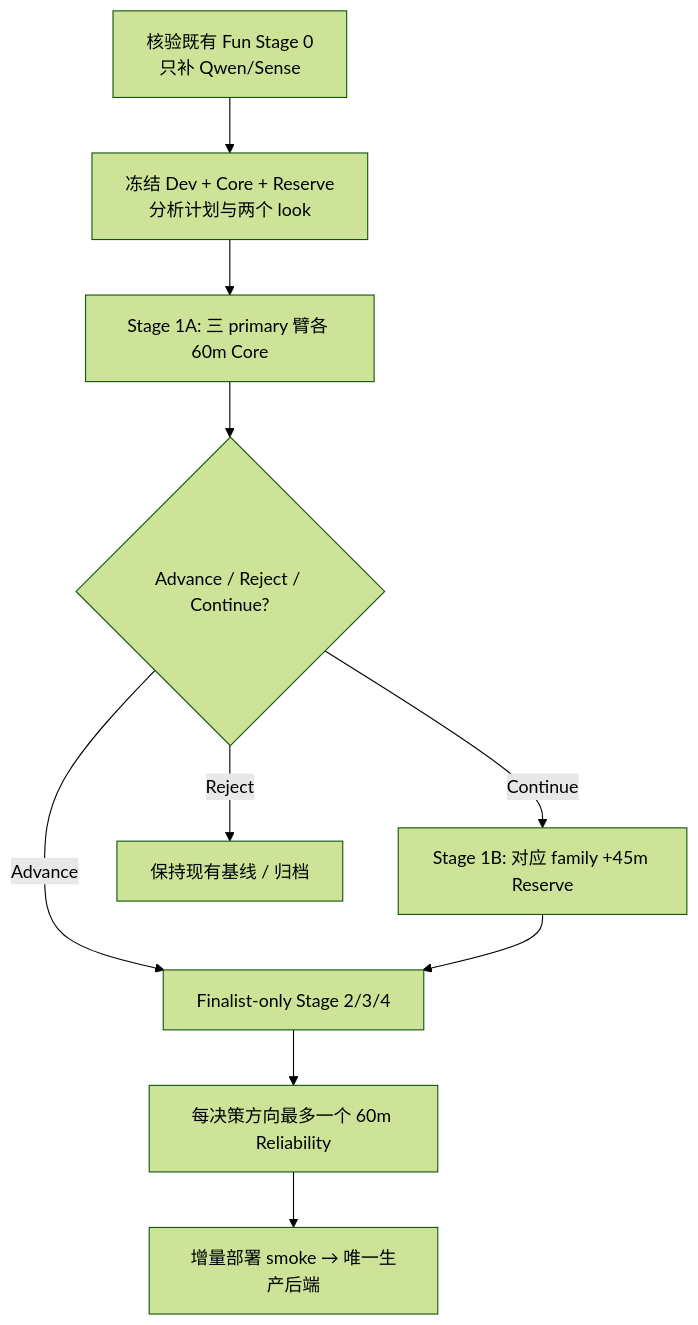
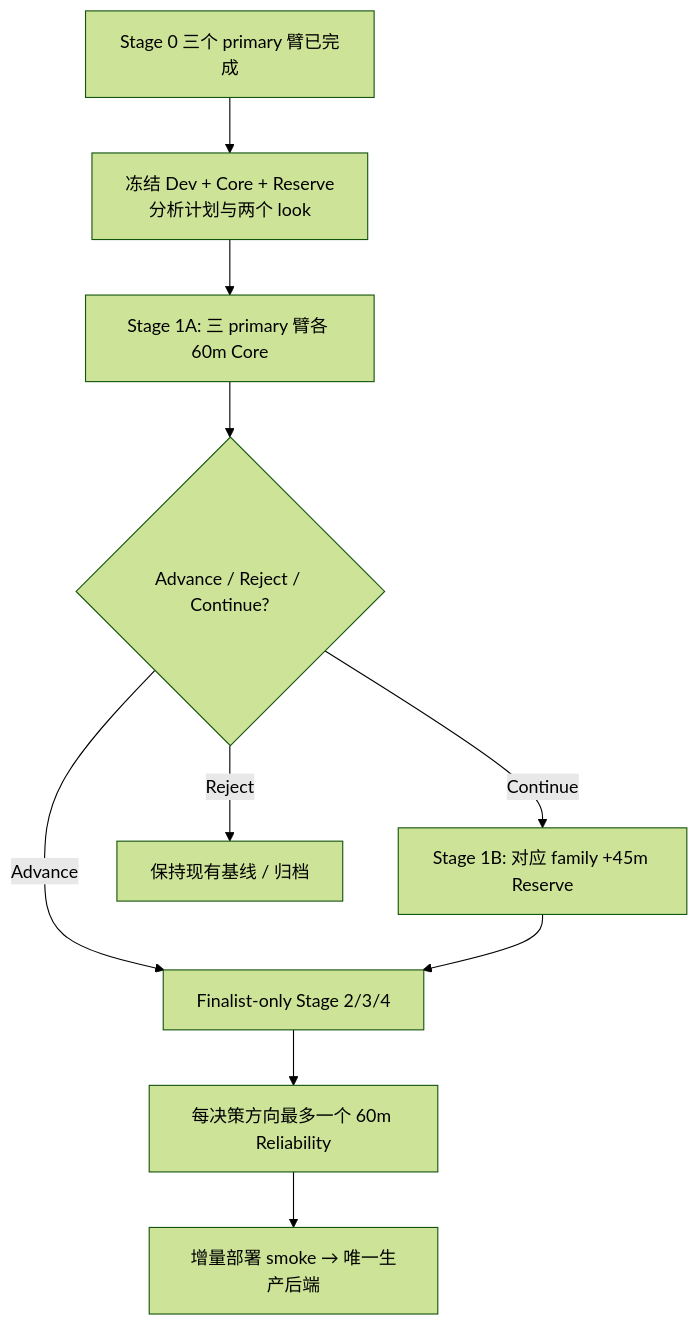
The first of 3 diagrams in docs/Fun-ASR与现有ASR后端科学对比测试方案.md (hrygo/voice-realtime), drawn with Mermaid (forest theme) before and after one commit. The commit also changed other lines of this file and 3 other files, not shown here.

````diff
--- a/docs/Fun-ASR与现有ASR后端科学对比测试方案.md
+++ b/docs/Fun-ASR与现有ASR后端科学对比测试方案.md
@@ -123,12 +124,12 @@
 ```mermaid
 flowchart TD
-    A[核验既有 Fun Stage 0<br/>只补 Qwen/Sense] --> B[冻结 Dev + Core + Reserve<br/>分析计划与两个 look]
+    A[Stage 0 三个 primary 臂已完成] --> B[冻结 Dev + Core + Reserve<br/>分析计划与两个 look]
     B --> C[Stage 1A: 三 primary 臂各 60m Core]
     C --> D{Advance / Reject / Continue?}
     D -- Continue --> E[Stage 1B: 对应 family +45m Reserve]
     D -- Reject --> F[保持现有基线 / 归档]
     D -- Advance --> G[Finalist-only Stage 2/3/4]
     E --> G
     G --> H[每决策方向最多一个 60m Reliability]
     H --> I[增量部署 smoke → 唯一生产后端]
 ```
````
